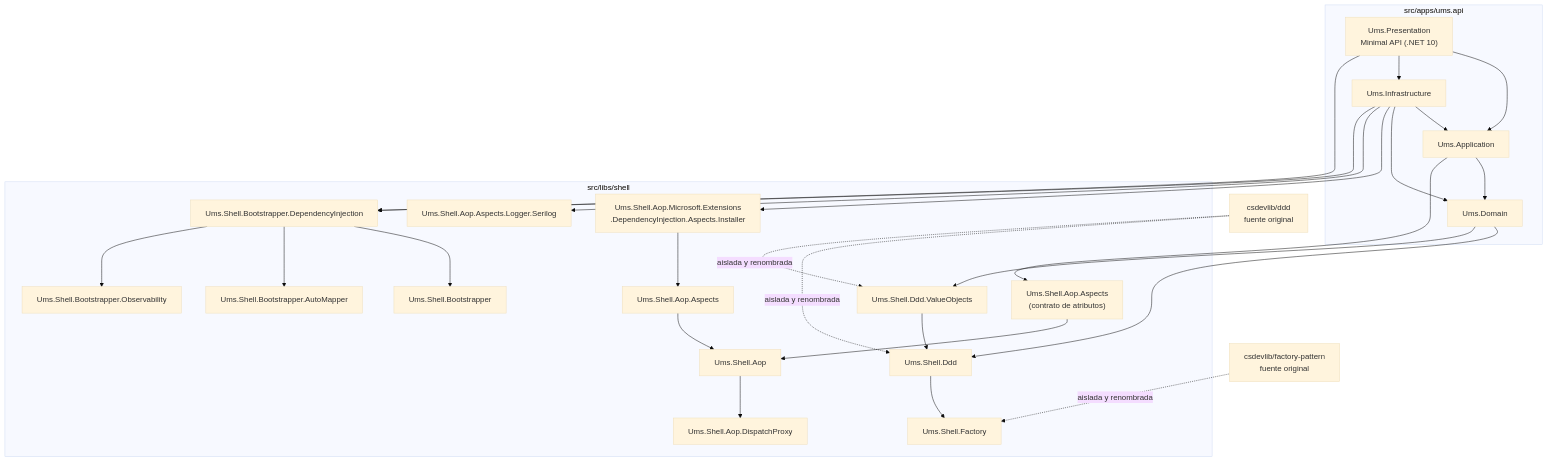
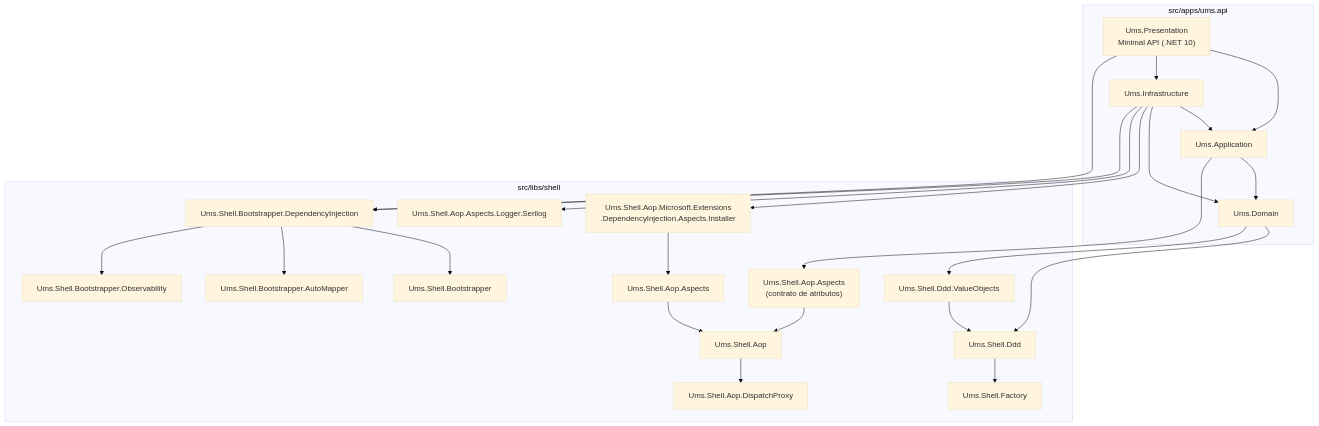
One commit to beyondnetcode/ums changed the diagram in docs/architecture/blueprints-es/shell-library-architecture.md. Above: the diagram before and after it, drawn with Mermaid (base theme). The commit also changed 1 other file, not shown here.

Commit message:
docs: remove upstream csdevlib references from shell library blueprints

````diff
--- a/docs/architecture/blueprints-es/shell-library-architecture.md
+++ b/docs/architecture/blueprints-es/shell-library-architecture.md
@@ -28,60 +28,55 @@
 ```mermaid
 flowchart TD
     A["Ums.Presentation<br/>Minimal API (.NET 10)"] --> B["Ums.Application"]
     A --> C["Ums.Infrastructure"]
     C --> B
     B --> D["Ums.Domain"]
     C --> D
 
     %% Dominio → shell DDD (Factory es transitivo vía Ddd)
     D --> E["Ums.Shell.Ddd"]
     D --> F["Ums.Shell.Ddd.ValueObjects"]
     F --> E
     E --> G["Ums.Shell.Factory"]
 
     %% Application → solo contrato de atributos AOP
     B --> H["Ums.Shell.Aop.Aspects<br/>(contrato de atributos)"]
 
     %% Infrastructure → cableado AOP completo + Bootstrapper
     C --> I["Ums.Shell.Aop.Microsoft.Extensions<br/>.DependencyInjection.Aspects.Installer"]
     C --> J["Ums.Shell.Aop.Aspects.Logger.Serilog"]
     I --> K["Ums.Shell.Aop.Aspects"]
     K --> L["Ums.Shell.Aop"]
     L --> M["Ums.Shell.Aop.DispatchProxy"]
     H --> L
 
     %% Presentation/Infrastructure → Bootstrapper
     A --> N["Ums.Shell.Bootstrapper.DependencyInjection"]
     C --> N
     N --> O["Ums.Shell.Bootstrapper"]
     N --> P["Ums.Shell.Bootstrapper.AutoMapper"]
     N --> Q["Ums.Shell.Bootstrapper.Observability"]
 
-    %% Aislamiento upstream
-    R["csdevlib/ddd<br/>fuente original"] -. "aislada y renombrada" .-> E
-    R -. "aislada y renombrada" .-> F
-    S["csdevlib/factory-pattern<br/>fuente original"] -. "aislada y renombrada" .-> G
-
     subgraph Apps["src/apps/ums.api"]
       A
       B
       C
       D
     end
 
     subgraph Shell["src/libs/shell"]
       E
       F
       G
       H
       I
       J
       K
       L
       M
       N
       O
       P
       Q
     end
 ```
````
